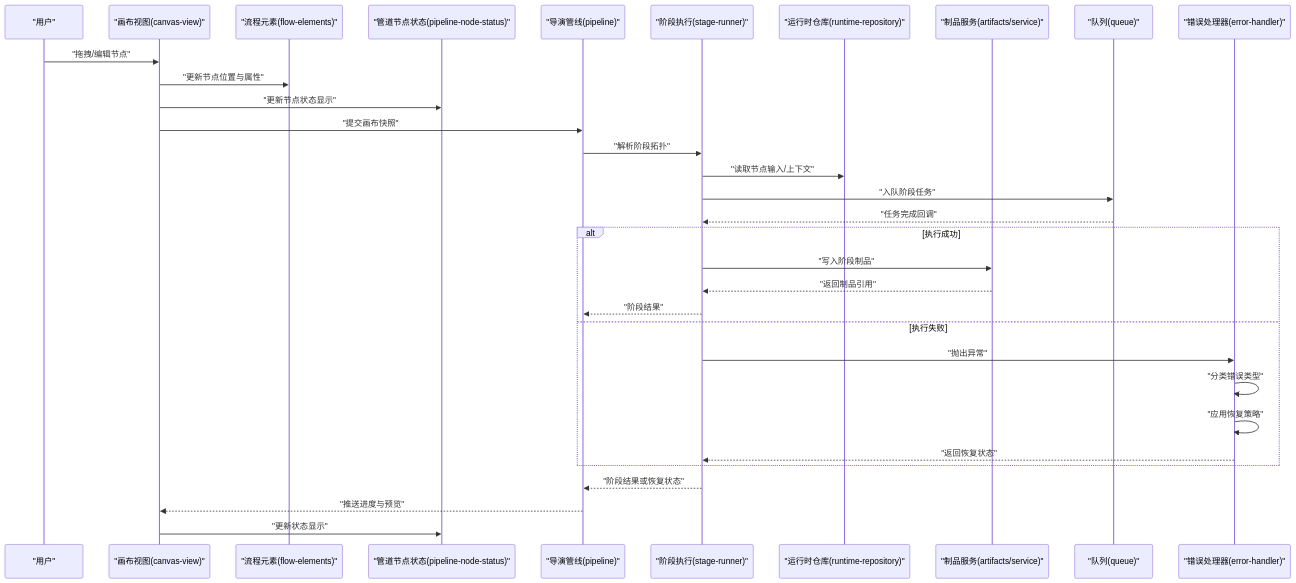
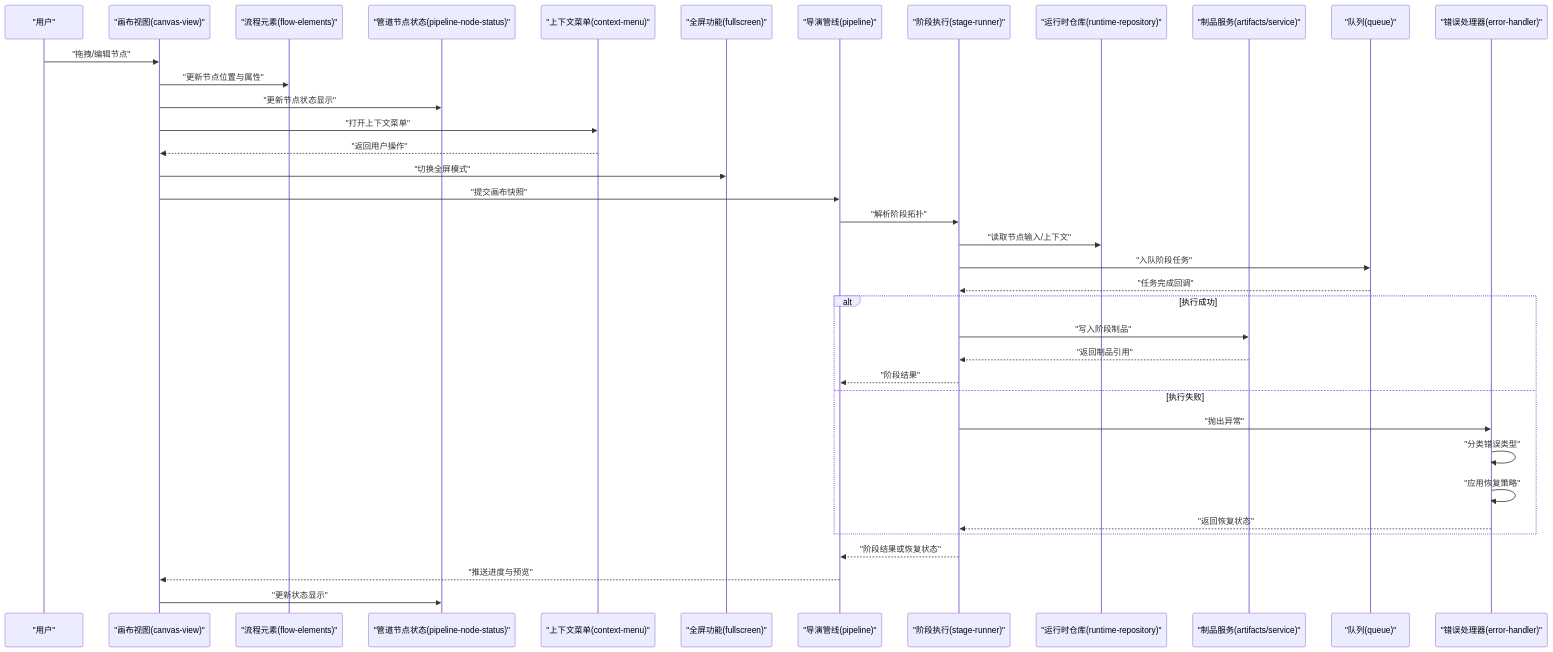
The second of 19 diagrams in .qoder/repowiki/zh/content/画布编辑器/画布编辑器.md (scottcwy/PurpleInk), drawn with Mermaid before and after one commit. The commit also changed other lines of this file and 23 other files, not shown here.

````diff
--- a/.qoder/repowiki/zh/content/画布编辑器/画布编辑器.md
+++ b/.qoder/repowiki/zh/content/画布编辑器/画布编辑器.md
@@ -207,34 +223,39 @@
 ```mermaid
 sequenceDiagram
 participant U as "用户"
 participant CV as "画布视图(canvas-view)"
 participant FE as "流程元素(flow-elements)"
 participant PNS as "管道节点状态(pipeline-node-status)"
+participant CM as "上下文菜单(context-menu)"
+participant FS as "全屏功能(fullscreen)"
 participant PI as "导演管线(pipeline)"
 participant SR as "阶段执行(stage-runner)"
 participant RR as "运行时仓库(runtime-repository)"
 participant AR as "制品服务(artifacts/service)"
 participant Q as "队列(queue)"
 participant EH as "错误处理器(error-handler)"
 U->>CV : "拖拽/编辑节点"
 CV->>FE : "更新节点位置与属性"
 CV->>PNS : "更新节点状态显示"
+CV->>CM : "打开上下文菜单"
+CM-->>CV : "返回用户操作"
+CV->>FS : "切换全屏模式"
 CV->>PI : "提交画布快照"
 PI->>SR : "解析阶段拓扑"
 SR->>RR : "读取节点输入/上下文"
 SR->>Q : "入队阶段任务"
 Q-->>SR : "任务完成回调"
 alt 执行成功
 SR->>AR : "写入阶段制品"
 AR-->>SR : "返回制品引用"
 SR-->>PI : "阶段结果"
 else 执行失败
 SR->>EH : "抛出异常"
 EH->>EH : "分类错误类型"
 EH->>EH : "应用恢复策略"
 EH-->>SR : "返回恢复状态"
 end
 SR-->>PI : "阶段结果或恢复状态"
 PI-->>CV : "推送进度与预览"
 CV->>PNS : "更新状态显示"
 ```
````
